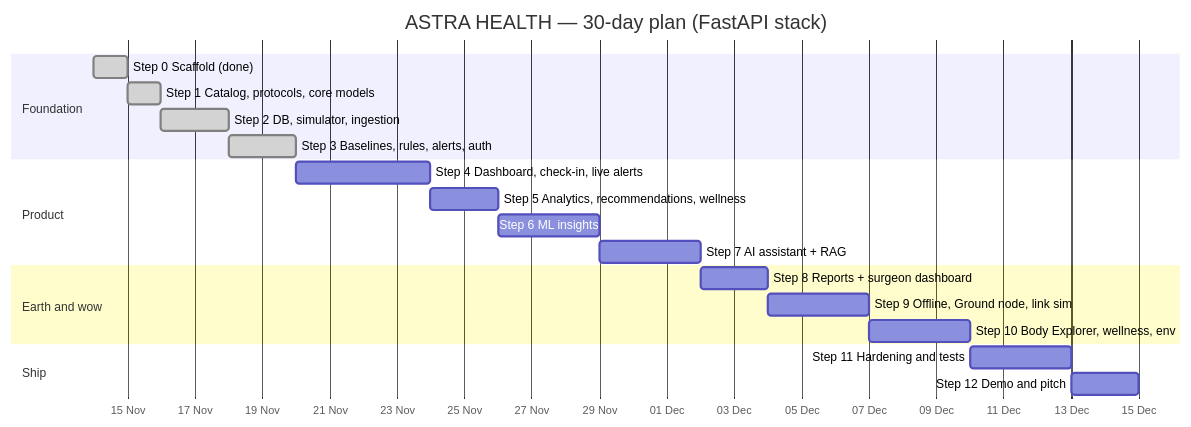
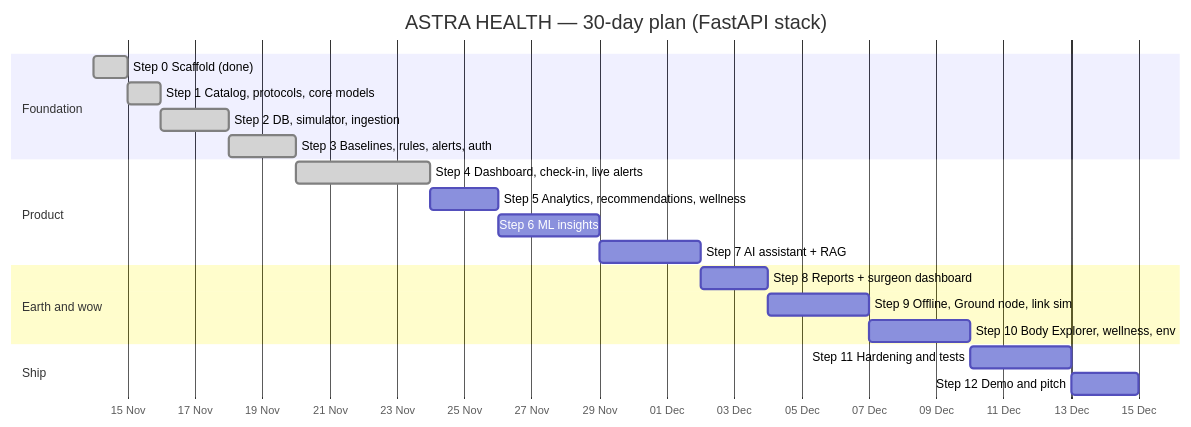
The diagram in docs/04-Implementation-Plan.md (Tarun9076/Astra-Health), drawn with Mermaid before and after one commit. The commit also changed other lines of this file and 8 other files, not shown here.

````diff
--- a/docs/04-Implementation-Plan.md
+++ b/docs/04-Implementation-Plan.md
@@ -34,23 +34,23 @@
 ```mermaid
 gantt
     title ASTRA HEALTH — 30-day plan (FastAPI stack)
     dateFormat  YYYY-MM-DD
     axisFormat  %d %b
     section Foundation
     Step 0 Scaffold (done)               :done, s0, 2026-11-14, 1d
     Step 1 Catalog, protocols, core models :done, s1, after s0, 1d
     Step 2 DB, simulator, ingestion      :done, s2, after s1, 2d
     Step 3 Baselines, rules, alerts, auth :done, s3, after s2, 2d
     section Product
-    Step 4 Dashboard, check-in, live alerts :s4, after s3, 4d
+    Step 4 Dashboard, check-in, live alerts :done, s4, after s3, 4d
     Step 5 Analytics, recommendations, wellness :s5, after s4, 2d
     Step 6 ML insights                   :s6, after s5, 3d
     Step 7 AI assistant + RAG            :s7, after s6, 3d
     section Earth and wow
     Step 8 Reports + surgeon dashboard   :s8, after s7, 2d
     Step 9 Offline, Ground node, link sim :s9, after s8, 3d
     Step 10 Body Explorer, wellness, env :s10, after s9, 3d
     section Ship
     Step 11 Hardening and tests          :s11, after s10, 3d
     Step 12 Demo and pitch               :s12, after s11, 2d
 ```
````
